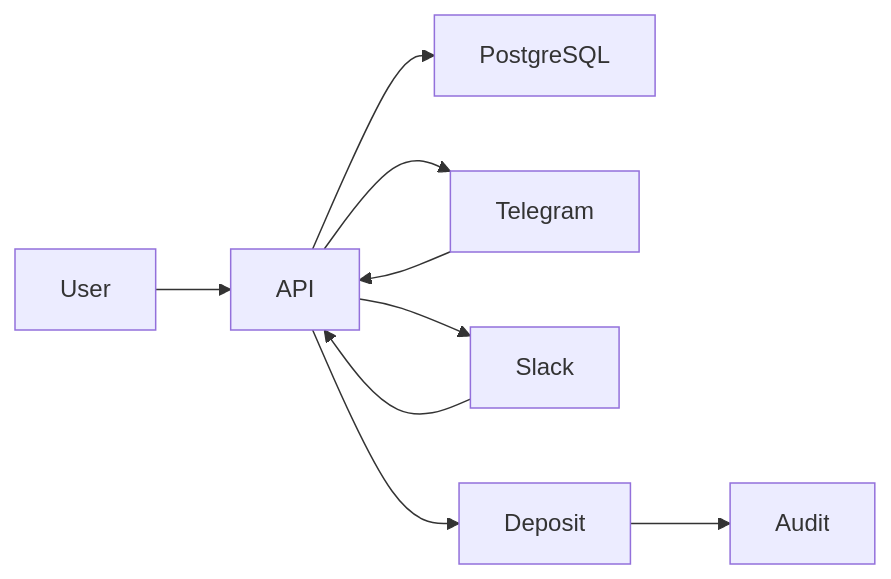
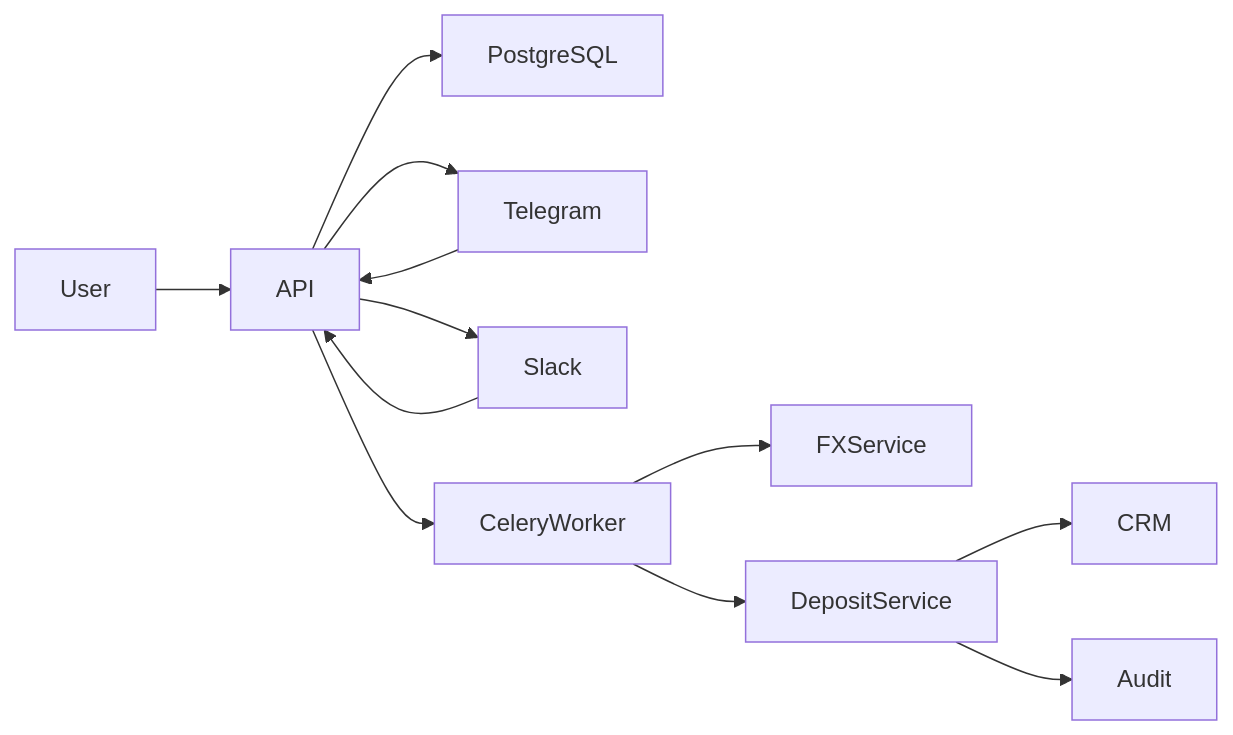
Before and after one commit to OzgurKaptann/receipt-approval-system: the second of 2 diagrams in README.md, drawn with Mermaid. The commit also changed other lines of this file, not shown here.

Commit message:
Improve README with architecture, screenshots and bilingual documentation

````diff
--- a/README.md
+++ b/README.md
@@ -39,15 +61,19 @@
 ```mermaid
 flowchart LR
 
 User --> API
 
 API --> PostgreSQL
 API --> Telegram
 API --> Slack
 
 Telegram --> API
 Slack --> API
 
-API --> Deposit
-Deposit --> Audit
+API --> CeleryWorker
+CeleryWorker --> FXService
+CeleryWorker --> DepositService
+
+DepositService --> CRM
+DepositService --> Audit
 ```
````
